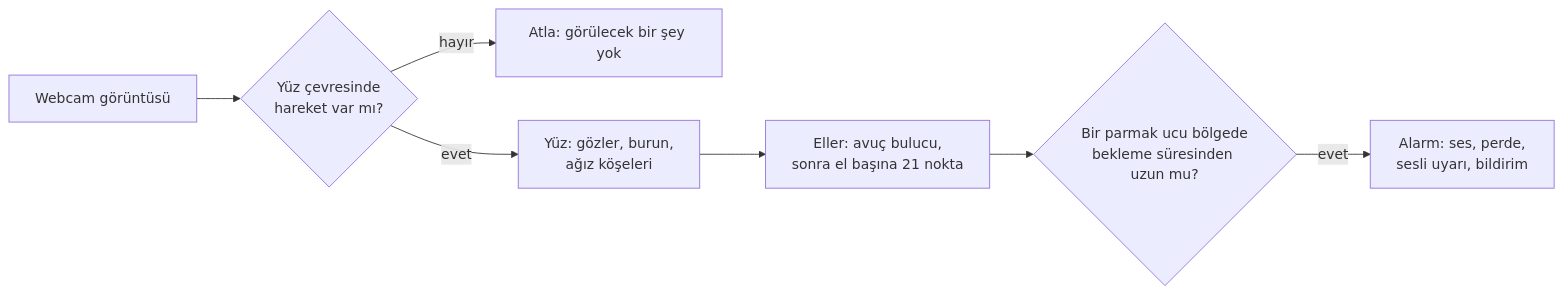
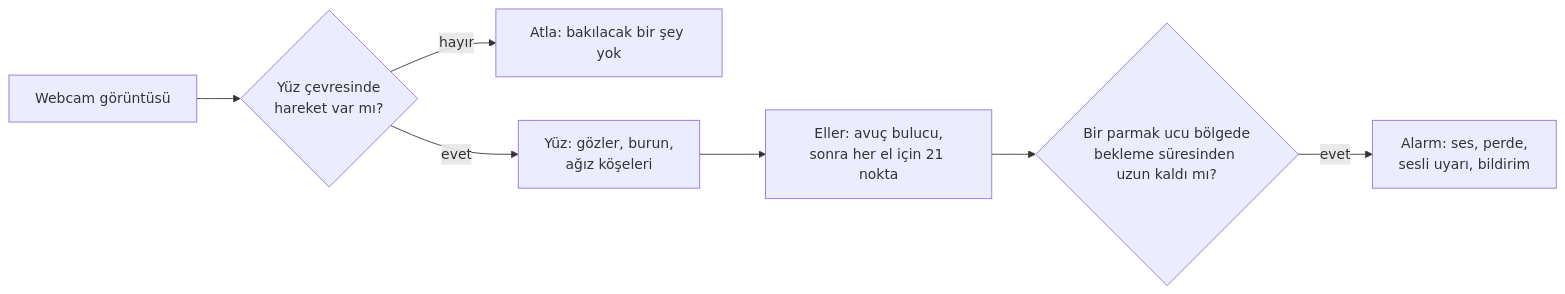
One commit to bugraskl/habit-guard changed the diagram in README.tr.md. Above: the diagram before and after it, drawn with Mermaid. The commit also changed other lines of this file, not shown here.

````diff
--- a/README.tr.md
+++ b/README.tr.md
@@ -114,9 +114,9 @@
 ```mermaid
 flowchart LR
     A[Webcam görüntüsü] --> B{Yüz çevresinde<br/>hareket var mı?}
-    B -- hayır --> Z[Atla: görülecek bir şey yok]
+    B -- hayır --> Z[Atla: bakılacak bir şey yok]
     B -- evet --> C[Yüz: gözler, burun,<br/>ağız köşeleri]
-    C --> D[Eller: avuç bulucu,<br/>sonra el başına 21 nokta]
-    D --> E{Bir parmak ucu bölgede<br/>bekleme süresinden uzun mu?}
+    C --> D[Eller: avuç bulucu,<br/>sonra her el için 21 nokta]
+    D --> E{Bir parmak ucu bölgede<br/>bekleme süresinden uzun kaldı mı?}
     E -- evet --> F[Alarm: ses, perde,<br/>sesli uyarı, bildirim]
 ```
````
